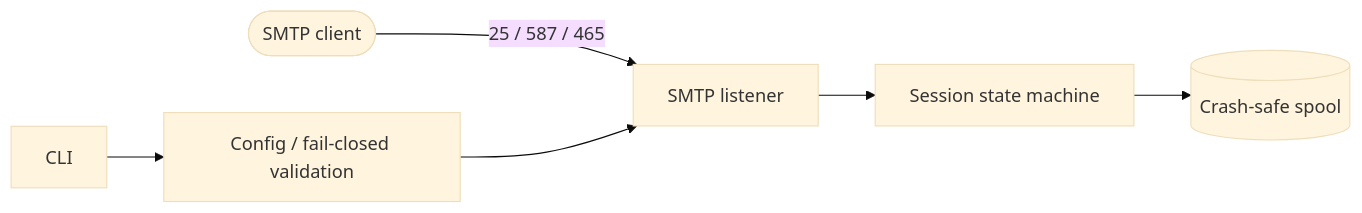
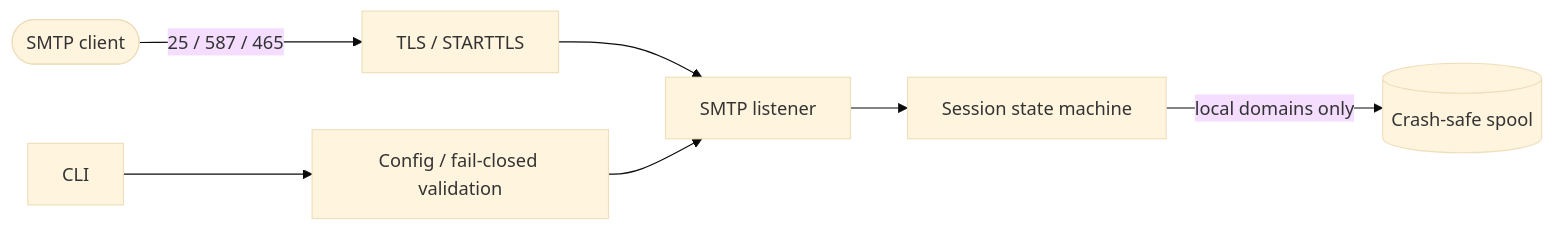
The diagram in README.md (Glyndor/epistle), drawn with Mermaid (base theme) before and after one commit. The commit also changed other lines of this file, not shown here.

Commit message:
docs: update README for TLS and local domain enforcement (#32)
Keeps the README truthful after #29 and #31:

- Quick-start config gains the now-required `domains` list (the previous
example no longer passed `config-check`)
- Feature list adds TLS/STARTTLS and the no-relay policy
- Diagram shows the TLS layer and the local-domain gate

Refs #26

````diff
--- a/README.md
+++ b/README.md
@@ -9,8 +9,9 @@
 ```mermaid
 flowchart LR
-	client([SMTP client]) -->|25 / 587 / 465| smtp[SMTP listener]
+	client([SMTP client]) -->|25 / 587 / 465| tls[TLS / STARTTLS]
+	tls --> smtp[SMTP listener]
 	smtp --> session[Session state machine]
-	session --> spool[(Crash-safe spool)]
+	session -->|local domains only| spool[(Crash-safe spool)]
 	cli[CLI] --> config[Config / fail-closed validation]
 	config --> smtp
 ```
````
